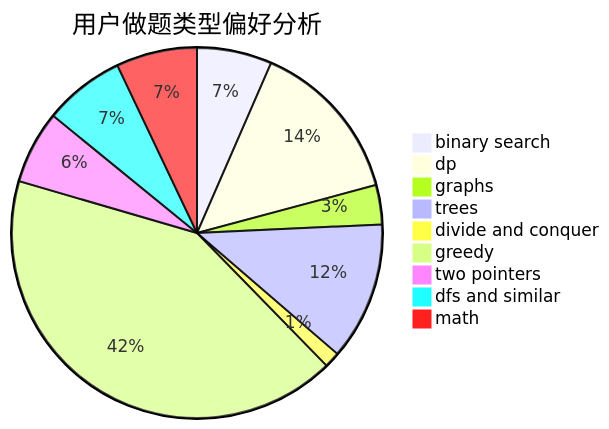
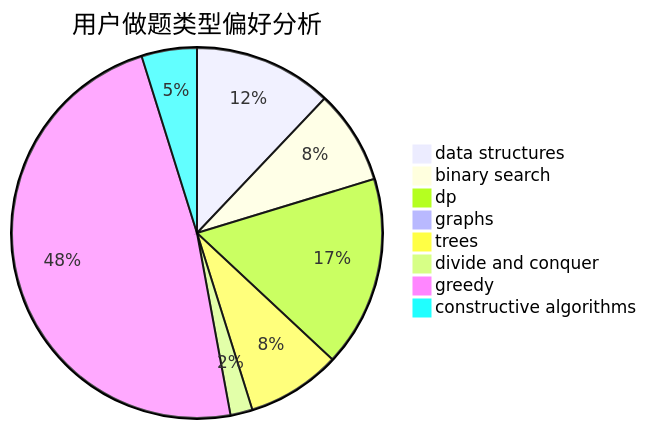
Before and after one commit to sherpahu/cfrs.github.io: the second of 3 diagrams in docs/user/u2340.md, drawn with Mermaid. The commit also changed other lines of this file and 2775 other files, not shown here.

````diff
--- a/docs/user/u2340.md
+++ b/docs/user/u2340.md
@@ -23,12 +23,11 @@
 ```mermaid
 pie title 用户做题类型偏好分析
-    "binary search" :  38
-    "dp" :  83
-    "graphs" :  20
-    "trees" :  70
+    "data structures" :  50
+    "binary search" :  34
+    "dp" :  69
+    "graphs" :  1
+    "trees" :  34
     "divide and conquer" :  8
-    "greedy" :  243
-    "two pointers" :  37
-    "dfs and similar" :  41
-    "math" :  41
+    "greedy" :  199
+    "constructive algorithms" :  20
 ```
````
